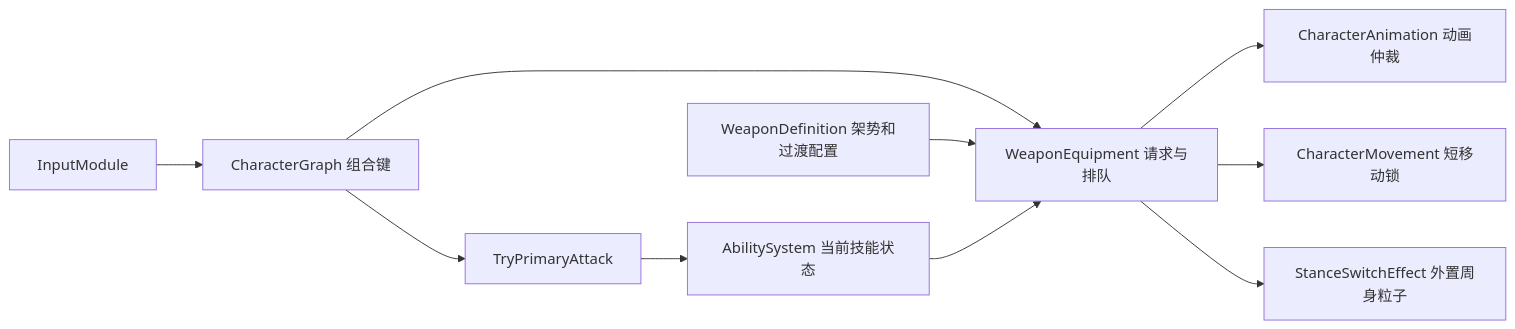
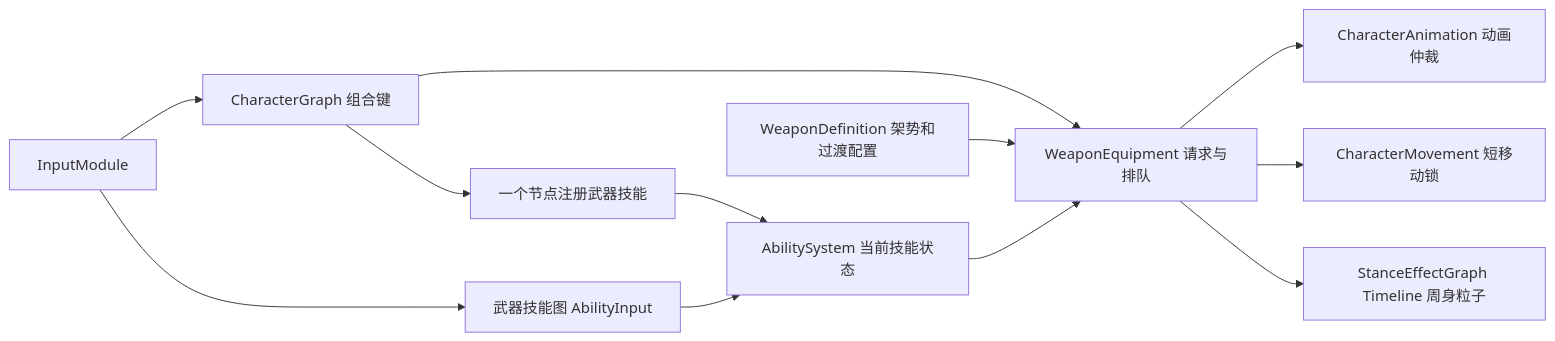
One commit to yuluotian123/yu changed the diagram in docs/gameplay/combat-stances.md. Above: the diagram before and after it, drawn with Mermaid. The commit also changed other lines of this file and 329 other files, not shown here.

````diff
--- a/docs/gameplay/combat-stances.md
+++ b/docs/gameplay/combat-stances.md
@@ -49,12 +49,14 @@
 ```mermaid
 flowchart LR
     I[InputModule] --> G[CharacterGraph 组合键]
     G --> E[WeaponEquipment 请求与排队]
     W[WeaponDefinition 架势和过渡配置] --> E
     A[AbilitySystem 当前技能状态] --> E
     E --> V[CharacterAnimation 动画仲裁]
     E --> M[CharacterMovement 短移动锁]
-    E --> F[StanceSwitchEffect 外置周身粒子]
-    G --> P[TryPrimaryAttack]
+    E --> F[StanceEffectGraph Timeline 周身粒子]
+    G --> R[一个节点注册武器技能]
+    R --> A
+    I --> P[武器技能图 AbilityInput]
     P --> A
 ```
````
